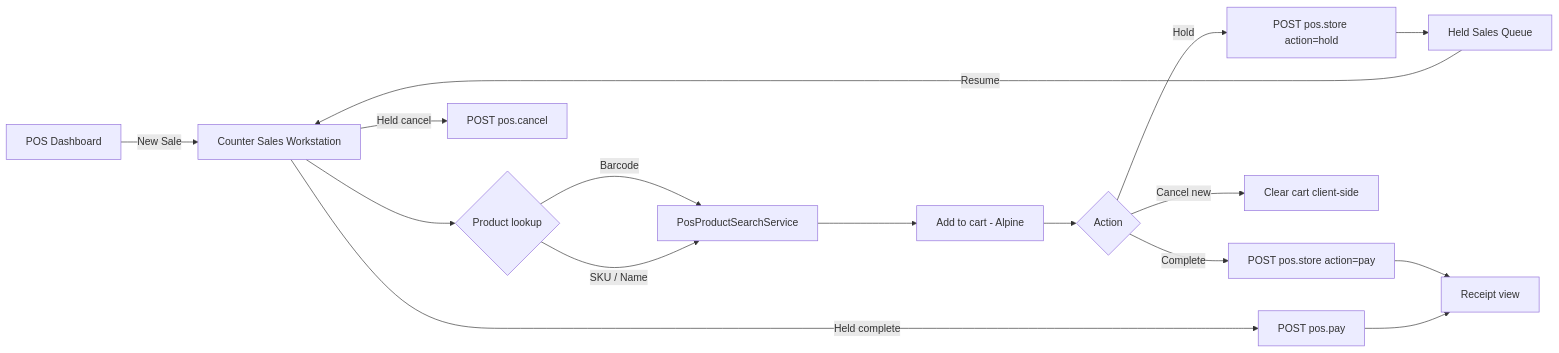
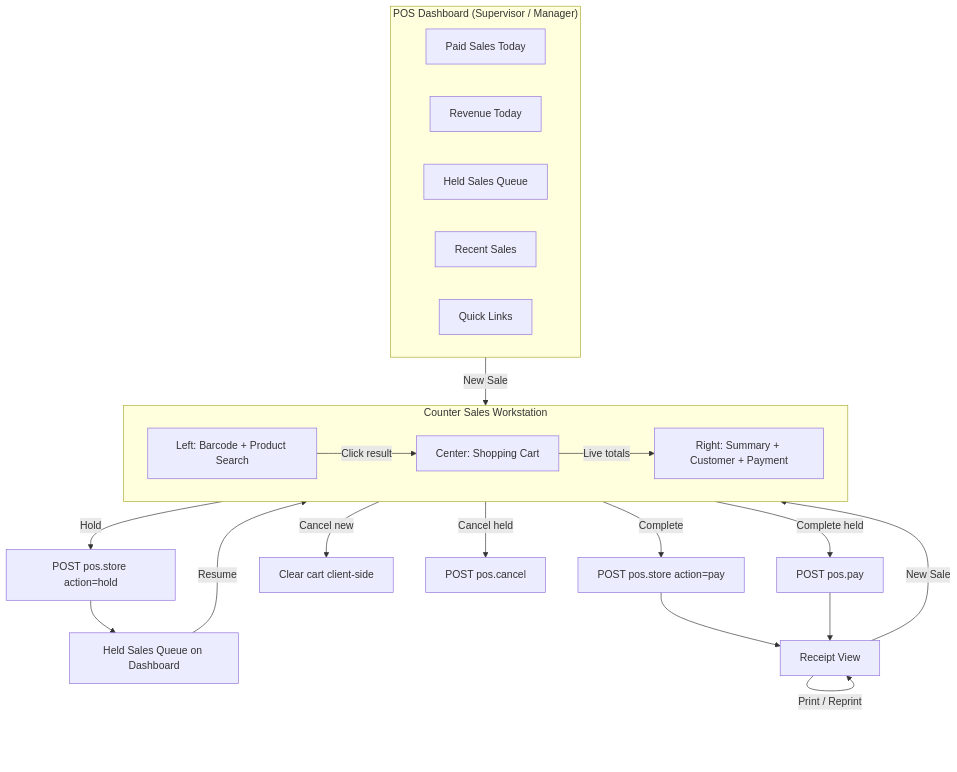
Before and after one commit to mato002/janaprints: the diagram in docs/PHASE_POS1A_COUNTER_SALES_WORKSPACE.md, drawn with Mermaid. The commit also changed other lines of this file and 307 other files, not shown here.

````diff
--- a/docs/PHASE_POS1A_COUNTER_SALES_WORKSPACE.md
+++ b/docs/PHASE_POS1A_COUNTER_SALES_WORKSPACE.md
@@ -18,18 +94,32 @@
 ```mermaid
-flowchart LR
-    A[POS Dashboard] -->|New Sale| B[Counter Sales Workstation]
-    B --> C{Product lookup}
-    C -->|Barcode| D[PosProductSearchService]
-    C -->|SKU / Name| D
-    D --> E[Add to cart - Alpine]
-    E --> F{Action}
-    F -->|Hold| G[POST pos.store action=hold]
-    F -->|Complete| H[POST pos.store action=pay]
-    F -->|Cancel new| I[Clear cart client-side]
-    G --> J[Held Sales Queue]
-    J -->|Resume| B
-    B -->|Held cancel| K[POST pos.cancel]
-    B -->|Held complete| L[POST pos.pay]
-    H --> M[Receipt view]
-    L --> M
+flowchart TB
+    subgraph Dashboard["POS Dashboard (Supervisor / Manager)"]
+        D1[Paid Sales Today]
+        D2[Revenue Today]
+        D3[Held Sales Queue]
+        D4[Recent Sales]
+        D5[Quick Links]
+    end
+
+    Dashboard -->|New Sale| WS
+
+    subgraph WS["Counter Sales Workstation"]
+        L[Left: Barcode + Product Search]
+        C[Center: Shopping Cart]
+        R[Right: Summary + Customer + Payment]
+        L -->|Click result| C
+        C -->|Live totals| R
+    end
+
+    WS -->|Hold| H[POST pos.store action=hold]
+    WS -->|Complete| P[POST pos.store action=pay]
+    WS -->|Cancel new| X[Clear cart client-side]
+    H --> HQ[Held Sales Queue on Dashboard]
+    HQ -->|Resume| WS
+    WS -->|Cancel held| CN[POST pos.cancel]
+    WS -->|Complete held| PY[POST pos.pay]
+    P --> RC[Receipt View]
+    PY --> RC
+    RC -->|Print / Reprint| RC
+    RC -->|New Sale| WS
 ```
````
